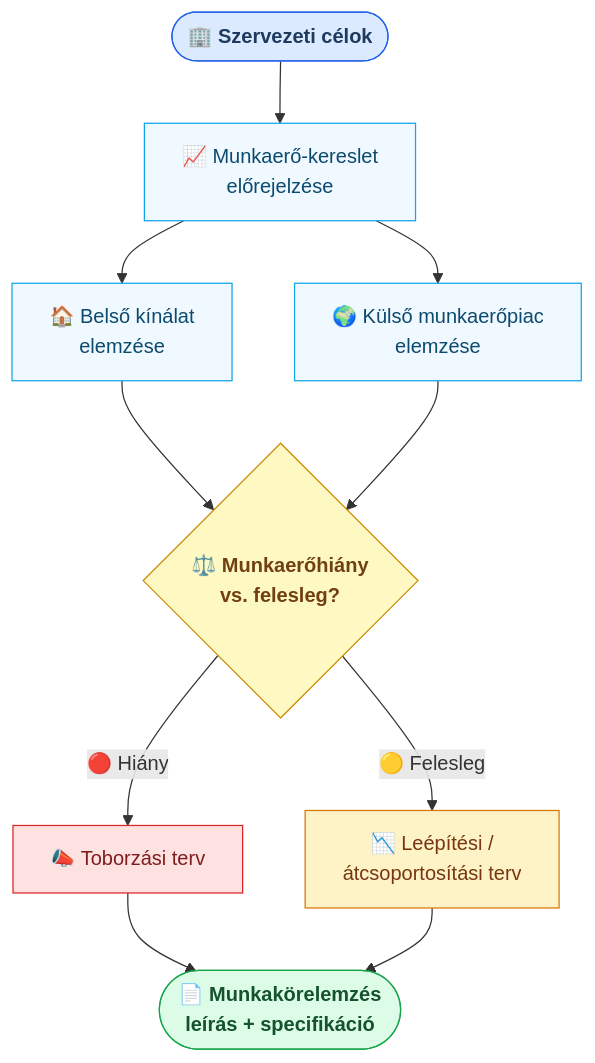
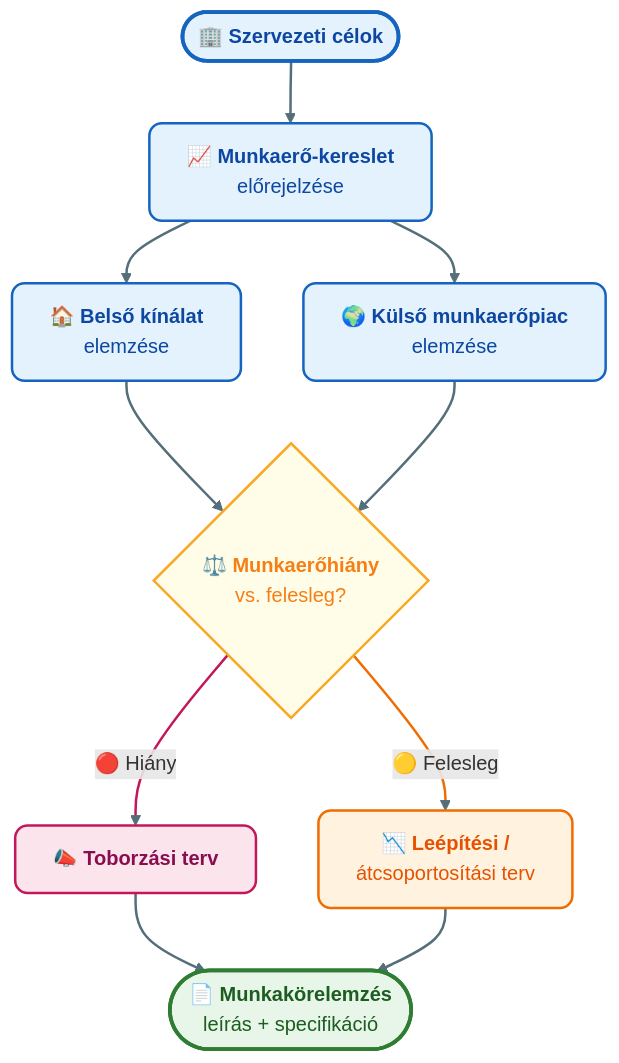
Before and after one commit to denespocsik/MM_BSC_Zarovizsga: the diagram in Tételek/K09-GMXHR1MBLF-Munkaerő-tervezés és toborzás.tétel.md, drawn with Mermaid. The commit also changed 34 other files, not shown here.

First line of the commit message:
style(tételek): egységes vizuális arculat a Mermaid-diagramokhoz

````diff
--- a/Tételek/K09-GMXHR1MBLF-Munkaerő-tervezés és toborzás.tétel.md
+++ b/Tételek/K09-GMXHR1MBLF-Munkaerő-tervezés és toborzás.tétel.md
@@ -11,19 +11,23 @@
 ```mermaid
 flowchart TD
-    A(["🏢 Szervezeti célok"]):::start --> B["📈 Munkaerő-kereslet\nelőrejelzése"]:::process
-    B --> C["🏠 Belső kínálat\nelemzése"]:::process
-    B --> D["🌍 Külső munkaerőpiac\nelemzése"]:::process
-    C --> E{"⚖️ Munkaerőhiány\nvs. felesleg?"}:::decision
+    A(["🏢 <b>Szervezeti célok</b>"]):::kekH --> B["📈 <b>Munkaerő-kereslet</b><br/>előrejelzése"]:::kek
+    B --> C["🏠 <b>Belső kínálat</b><br/>elemzése"]:::kek
+    B --> D["🌍 <b>Külső munkaerőpiac</b><br/>elemzése"]:::kek
+    C --> E{"⚖️ <b>Munkaerőhiány</b><br/>vs. felesleg?"}:::sarga
     D --> E
-    E -->|"🔴 Hiány"| F["📣 Toborzási terv"]:::shortage
-    E -->|"🟡 Felesleg"| G["📉 Leépítési /\nátcsoportosítási terv"]:::surplus
-    F --> H(["📄 Munkakörelemzés\nleírás + specifikáció"]):::end_node
+    E -->|"🔴 Hiány"| F["📣 <b>Toborzási terv</b>"]:::rozsa
+    E -->|"🟡 Felesleg"| G["📉 <b>Leépítési /</b><br/>átcsoportosítási terv"]:::narancs
+    F --> H(["📄 <b>Munkakörelemzés</b><br/>leírás + specifikáció"]):::zoldH
     G --> H
 
-    classDef start    fill:#dbeafe,stroke:#2563eb,color:#1e3a5f,font-weight:bold
-    classDef process  fill:#f0f9ff,stroke:#0ea5e9,color:#0c4a6e
-    classDef decision fill:#fef9c3,stroke:#ca8a04,color:#713f12,font-weight:bold
-    classDef shortage fill:#fee2e2,stroke:#dc2626,color:#7f1d1d
-    classDef surplus  fill:#fef3c7,stroke:#d97706,color:#78350f
-    classDef end_node fill:#dcfce7,stroke:#16a34a,color:#14532d,font-weight:bold
+    classDef kek     fill:#e3f2fd,stroke:#1565c0,stroke-width:2px,color:#0d47a1,rx:10,ry:10;
+    classDef kekH    fill:#e3f2fd,stroke:#1565c0,stroke-width:3px,color:#0d47a1,rx:10,ry:10;
+    classDef zoldH   fill:#e8f5e9,stroke:#2e7d32,stroke-width:3px,color:#1b5e20,rx:10,ry:10;
+    classDef narancs fill:#fff3e0,stroke:#ef6c00,stroke-width:2px,color:#e65100,rx:10,ry:10;
+    classDef rozsa   fill:#fce4ec,stroke:#c2185b,stroke-width:2px,color:#880e4f,rx:10,ry:10;
+    classDef sarga   fill:#fffde7,stroke:#f9a825,stroke-width:2px,color:#f57f17,rx:10,ry:10;
+
+    linkStyle default stroke:#546e7a,stroke-width:2px;
+    linkStyle 5 stroke:#c2185b,stroke-width:2px;
+    linkStyle 6 stroke:#ef6c00,stroke-width:2px;
 ```
````
